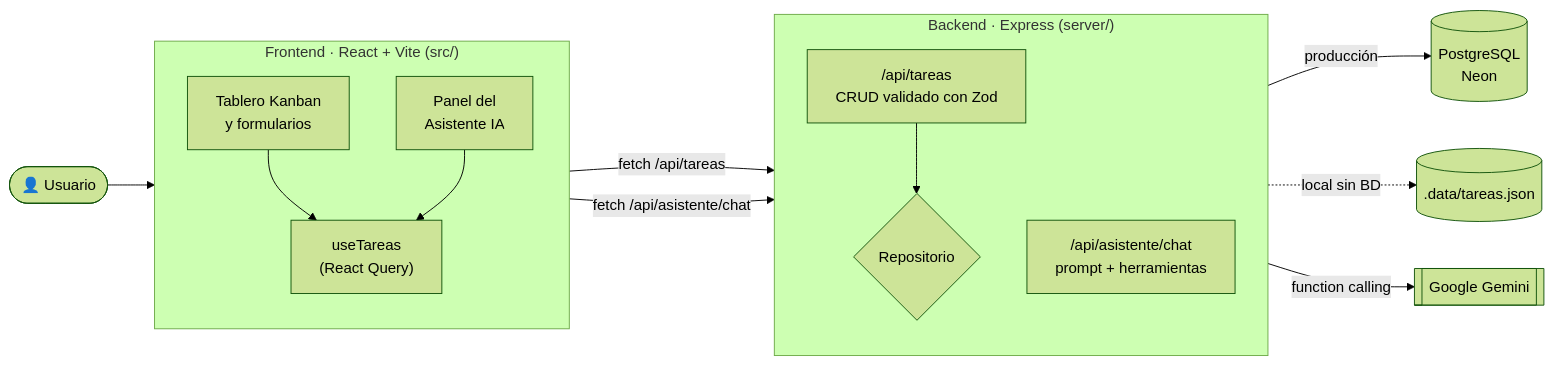
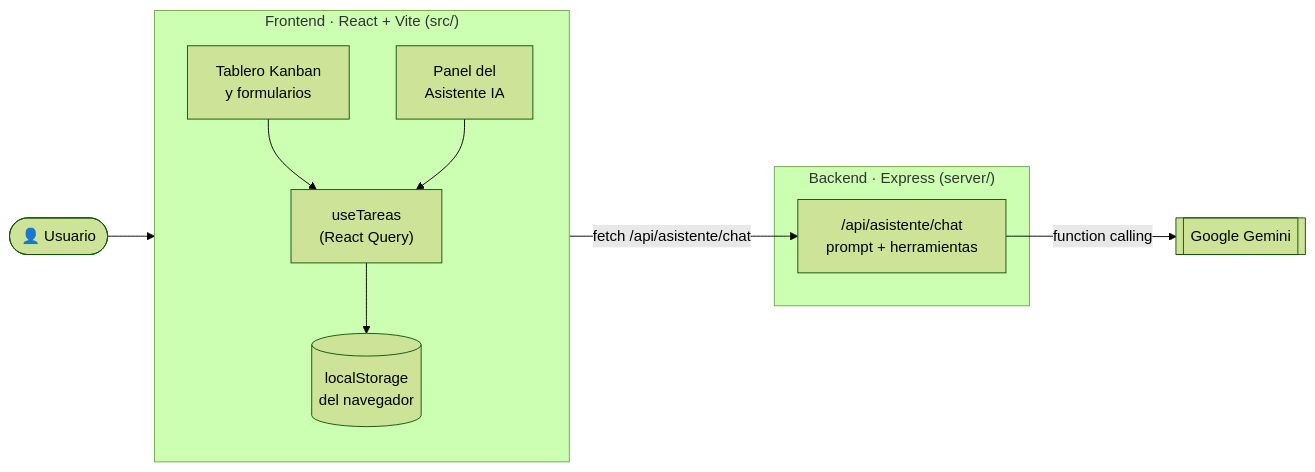
The first of 2 diagrams in README.md (Jacky-RPA/Kanban), drawn with Mermaid (forest theme) before and after one commit. The commit also changed other lines of this file and 15 other files, not shown here.

First line of the commit message:
Guarda las tareas en el navegador: ya no hace falta base de datos

````diff
--- a/README.md
+++ b/README.md
@@ -30,27 +30,22 @@
 ```mermaid
 flowchart LR
     U([👤 Usuario]) --> FE
 
     subgraph FE["Frontend · React + Vite (src/)"]
         direction TB
         UI["Tablero Kanban<br/>y formularios"]
         CHAT["Panel del<br/>Asistente IA"]
         HOOK["useTareas<br/>(React Query)"]
+        LS[("localStorage<br/>del navegador")]
         UI --> HOOK
         CHAT --> HOOK
+        HOOK --> LS
     end
 
     subgraph BE["Backend · Express (server/)"]
-        direction TB
-        RT["/api/tareas<br/>CRUD validado con Zod"]
         RA["/api/asistente/chat<br/>prompt + herramientas"]
-        REPO{"Repositorio"}
-        RT --> REPO
     end
 
-    HOOK -- "fetch /api/tareas" --> RT
     CHAT -- "fetch /api/asistente/chat" --> RA
-    REPO -- "producción" --> PG[(PostgreSQL<br/>Neon)]
-    REPO -. "local sin BD" .-> JSON[(.data/tareas.json)]
     RA -- "function calling" --> GEM[[Google Gemini]]
 ```
````
